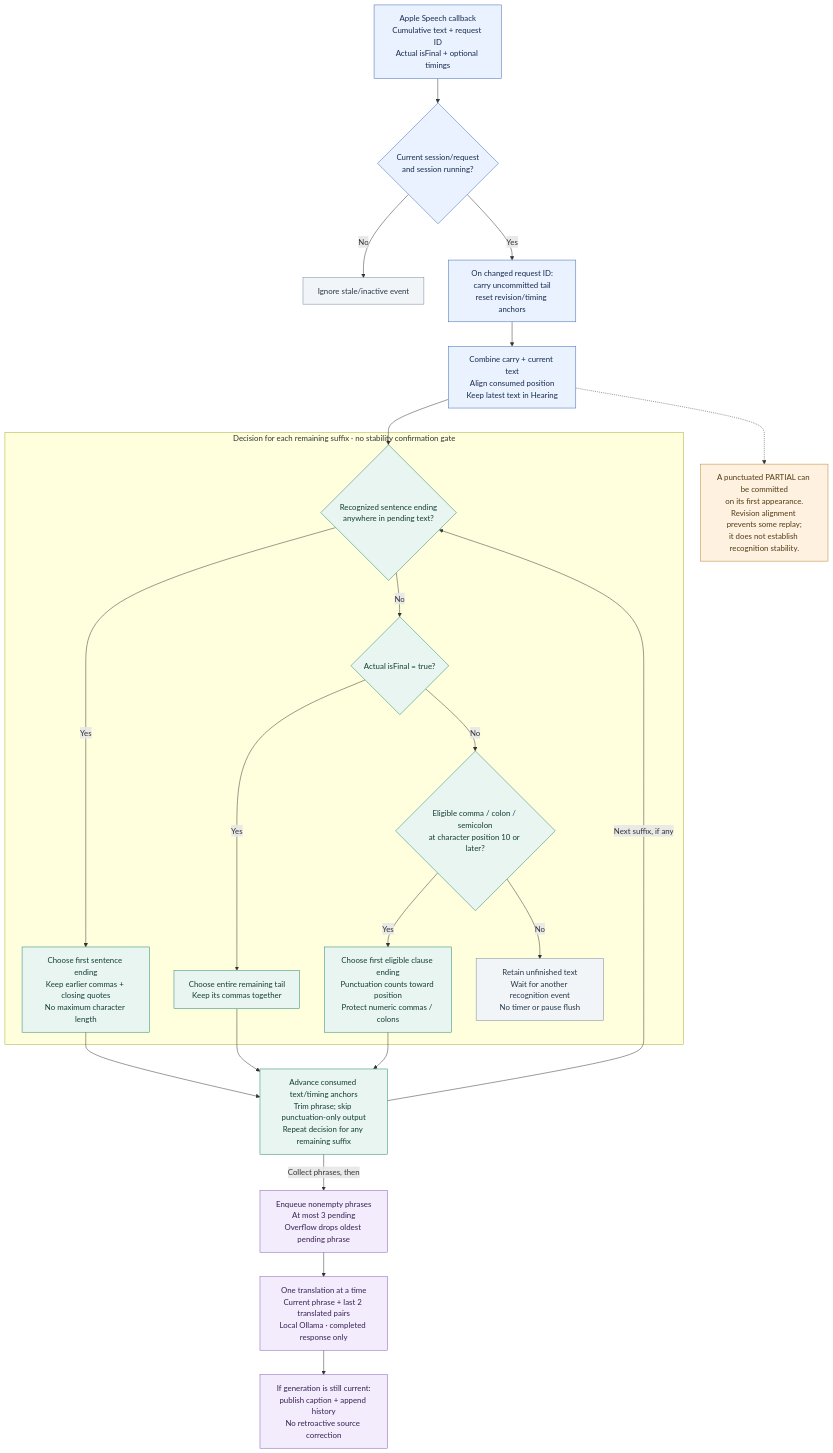
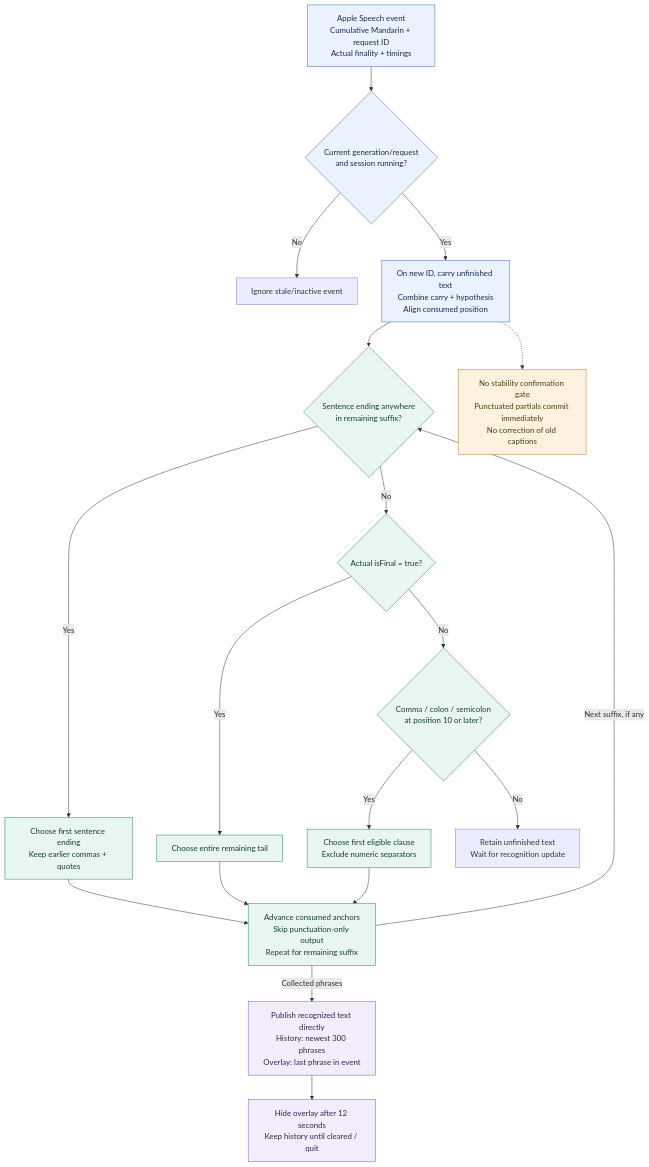
The diagram in docs/diagrams/caption-policy.mmd (mattt-s/ImmersionCaption), drawn with Mermaid before and after one commit. The commit also changed 41 other files, not shown here.

Commit message:
Remove translation and publish recognized captions directly

```diff
--- a/docs/diagrams/caption-policy.mmd
+++ b/docs/diagrams/caption-policy.mmd
@@ -1,51 +1,38 @@
 flowchart TD
-    accTitle: ImmersionCaption 0.4.0 caption commitment policy
-    accDescr: Each partial or final hypothesis is processed immediately. After request continuation and revision alignment, a complete sentence takes priority. Otherwise a genuine final result commits the remaining text, or a partial can commit an eligible punctuation clause. There is no stability confirmation gate. Committed phrases enter a bounded sequential translation queue.
-
-    Event["Apple Speech callback<br/>Cumulative text + request ID<br/>Actual isFinal + optional timings"]
-    Active{"Current session/request<br/>and session running?"}
+    accTitle: ImmersionCaption 0.5.0 caption publication policy
+    accDescr: Current recognition events are aligned with consumed speech. Sentence punctuation takes priority, then actual finality, then eligible clause punctuation. Recognized text is displayed directly without a stability gate or inference queue.
+    Event["Apple Speech event<br/>Cumulative Mandarin + request ID<br/>Actual finality + timings"]
+    Active{"Current generation/request<br/>and session running?"}
     Ignore["Ignore stale/inactive event"]
-    Carry["On changed request ID:<br/>carry uncommitted tail<br/>reset revision/timing anchors"]
-    Align["Combine carry + current text<br/>Align consumed position<br/>Keep latest text in Hearing"]
-
-    subgraph Boundary["Decision for each remaining suffix · no stability confirmation gate"]
-        Sentence{"Recognized sentence ending<br/>anywhere in pending text?"}
-        Whole["Choose first sentence ending<br/>Keep earlier commas + closing quotes<br/>No maximum character length"]
-        Final{"Actual isFinal = true?"}
-        Tail["Choose entire remaining tail<br/>Keep its commas together"]
-        Clause{"Eligible comma / colon / semicolon<br/>at character position 10 or later?"}
-        Fragment["Choose first eligible clause ending<br/>Punctuation counts toward position<br/>Protect numeric commas / colons"]
-        Wait["Retain unfinished text<br/>Wait for another recognition event<br/>No timer or pause flush"]
-    end
-
-    Commit["Advance consumed text/timing anchors<br/>Trim phrase; skip punctuation-only output<br/>Repeat decision for any remaining suffix"]
-    Queue["Enqueue nonempty phrases<br/>At most 3 pending<br/>Overflow drops oldest pending phrase"]
-    Model["One translation at a time<br/>Current phrase + last 2 translated pairs<br/>Local Ollama · completed response only"]
-    Publish["If generation is still current:<br/>publish caption + append history<br/>No retroactive source correction"]
-    Risk["A punctuated PARTIAL can be committed<br/>on its first appearance.<br/>Revision alignment prevents some replay;<br/>it does not establish recognition stability."]
-
+    Align["On new ID, carry unfinished text<br/>Combine carry + hypothesis<br/>Align consumed position"]
+    Sentence{"Sentence ending anywhere<br/>in remaining suffix?"}
+    Whole["Choose first sentence ending<br/>Keep earlier commas + quotes"]
+    Final{"Actual isFinal = true?"}
+    Tail["Choose entire remaining tail"]
+    Clause{"Comma / colon / semicolon<br/>at position 10 or later?"}
+    Fragment["Choose first eligible clause<br/>Exclude numeric separators"]
+    Wait["Retain unfinished text<br/>Wait for recognition update"]
+    Commit["Advance consumed anchors<br/>Skip punctuation-only output<br/>Repeat for remaining suffix"]
+    Publish["Publish recognized text directly<br/>History: newest 300 phrases<br/>Overlay: last phrase in event"]
+    Expire["Hide overlay after 12 seconds<br/>Keep history until cleared / quit"]
+    Note["No stability confirmation gate<br/>Punctuated partials commit immediately<br/>No correction of old captions"]
     Event --> Active
     Active -->|"No"| Ignore
-    Active -->|"Yes"| Carry
-    Carry --> Align --> Sentence
+    Active -->|"Yes"| Align --> Sentence
     Sentence -->|"Yes"| Whole --> Commit
     Sentence -->|"No"| Final
     Final -->|"Yes"| Tail --> Commit
     Final -->|"No"| Clause
     Clause -->|"Yes"| Fragment --> Commit
     Clause -->|"No"| Wait
     Commit -->|"Next suffix, if any"| Sentence
-    Commit -->|"Collect phrases, then"| Queue
-    Queue --> Model --> Publish
-    Align -.-> Risk
-
+    Commit -->|"Collected phrases"| Publish --> Expire
+    Align -.-> Note
     classDef input fill:#eaf2ff,stroke:#3b67b1,color:#172b4d
     classDef policy fill:#e8f5f1,stroke:#23836d,color:#153e35
     classDef output fill:#f2ecfc,stroke:#815bb3,color:#382254
     classDef warning fill:#fff1df,stroke:#b9822d,color:#513b16
-    classDef idle fill:#f2f5f8,stroke:#73869a,color:#26384a
-    class Event,Active,Carry,Align input
+    class Event,Active,Align input
     class Sentence,Whole,Final,Tail,Clause,Fragment,Commit policy
-    class Queue,Model,Publish output
-    class Risk warning
-    class Ignore,Wait idle
+    class Publish,Expire output
+    class Note warning
```
